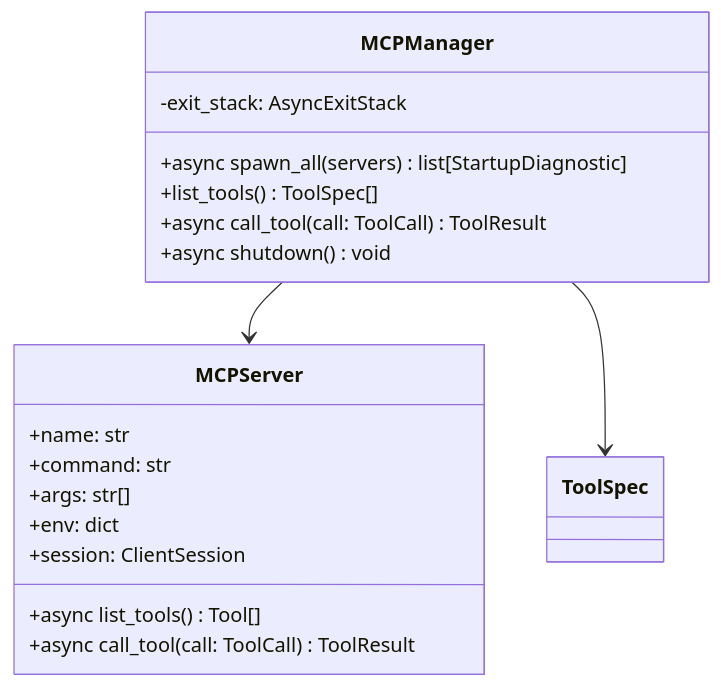
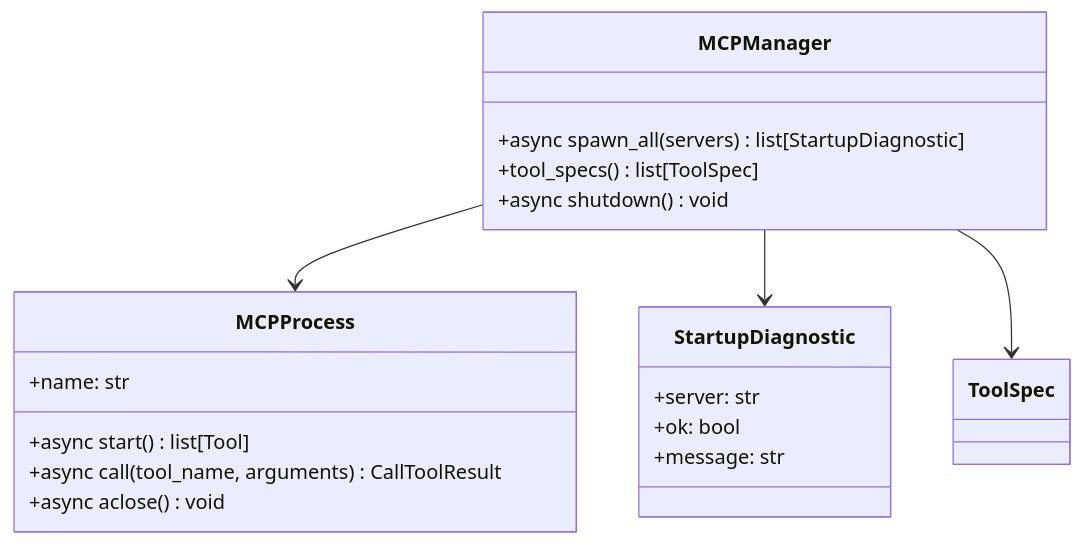
Before and after one commit to Flowerf19/thyca-ai: the diagram in .agents/plans/services/mcp.md, drawn with Mermaid. The commit also changed other lines of this file and 11 other files, not shown here.

````diff
--- a/.agents/plans/services/mcp.md
+++ b/.agents/plans/services/mcp.md
@@ -17,21 +32,22 @@
 ```mermaid
 classDiagram
+    class StartupDiagnostic {
+        +server: str
+        +ok: bool
+        +message: str
+    }
+    class MCPProcess {
+        +name: str
+        +async start() list[Tool]
+        +async call(tool_name, arguments) CallToolResult
+        +async aclose() void
+    }
     class MCPManager {
         +async spawn_all(servers) list[StartupDiagnostic]
-        +list_tools() ToolSpec[]
-        +async call_tool(call: ToolCall) ToolResult
+        +tool_specs() list[ToolSpec]
         +async shutdown() void
-        -exit_stack: AsyncExitStack
     }
-    class MCPServer {
-        +name: str
-        +command: str
-        +args: str[]
-        +env: dict
-        +session: ClientSession
-        +async list_tools() Tool[]
-        +async call_tool(call: ToolCall) ToolResult
-    }
-    MCPManager --> MCPServer
+    MCPManager --> MCPProcess
+    MCPManager --> StartupDiagnostic
     MCPManager --> ToolSpec
 ```
````
